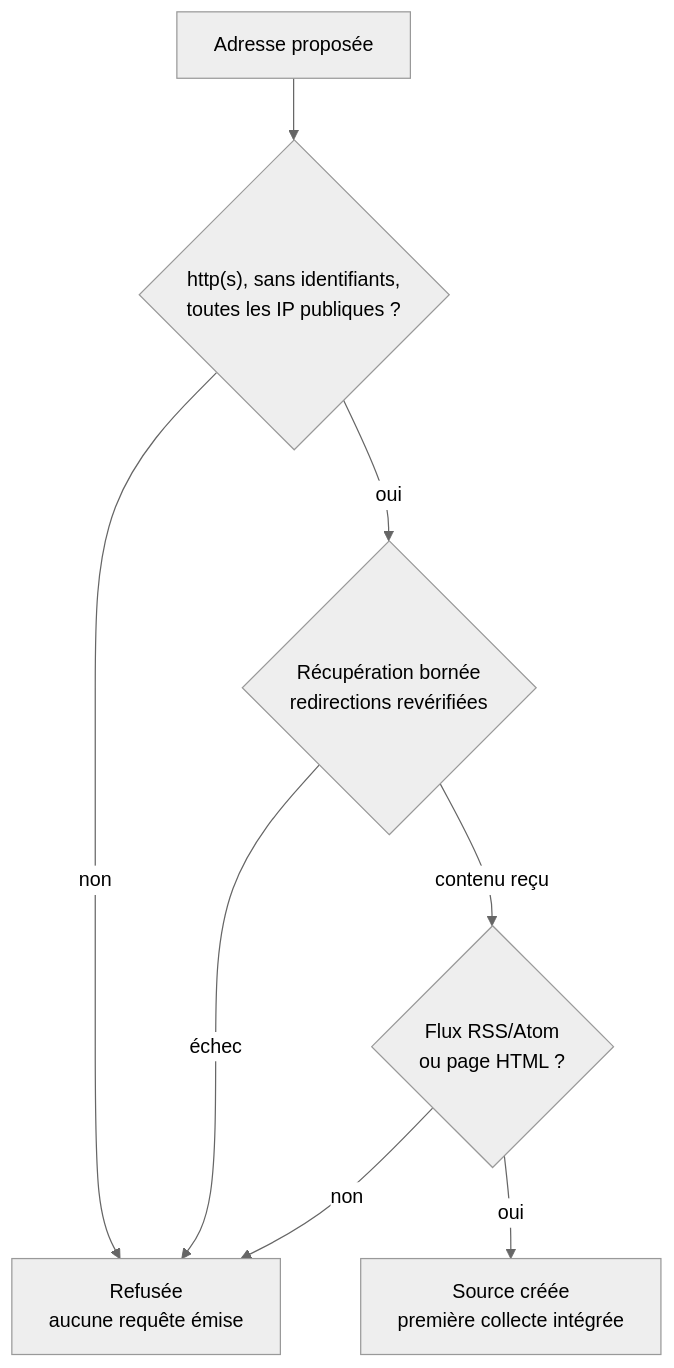
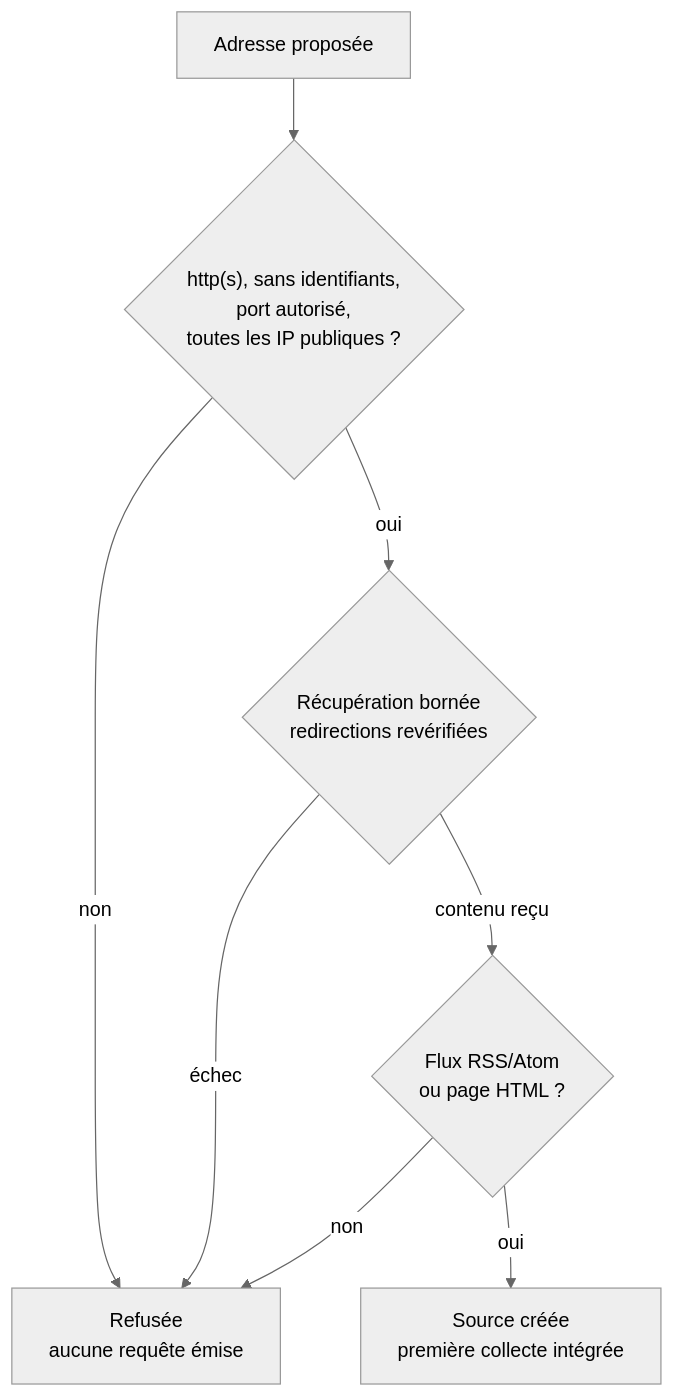
One commit to FTurleque/argos-tech-platform changed the diagram in docs/specifications/veille-rss-web.md. Above: the diagram before and after it, drawn with Mermaid (neutral theme). The commit also changed other lines of this file and 26 other files, not shown here.

````diff
--- a/docs/specifications/veille-rss-web.md
+++ b/docs/specifications/veille-rss-web.md
@@ -90,10 +98,10 @@
 ```mermaid
 flowchart TD
-    A["Adresse proposée"] --> B{"http(s), sans identifiants,<br/>toutes les IP publiques ?"}
+    A["Adresse proposée"] --> B{"http(s), sans identifiants,<br/>port autorisé,<br/>toutes les IP publiques ?"}
     B -- "non" --> R["Refusée<br/>aucune requête émise"]
     B -- "oui" --> C{"Récupération bornée<br/>redirections revérifiées"}
     C -- "échec" --> R
     C -- "contenu reçu" --> D{"Flux RSS/Atom<br/>ou page HTML ?"}
     D -- "non" --> R
     D -- "oui" --> E["Source créée<br/>première collecte intégrée"]
 ```
````
